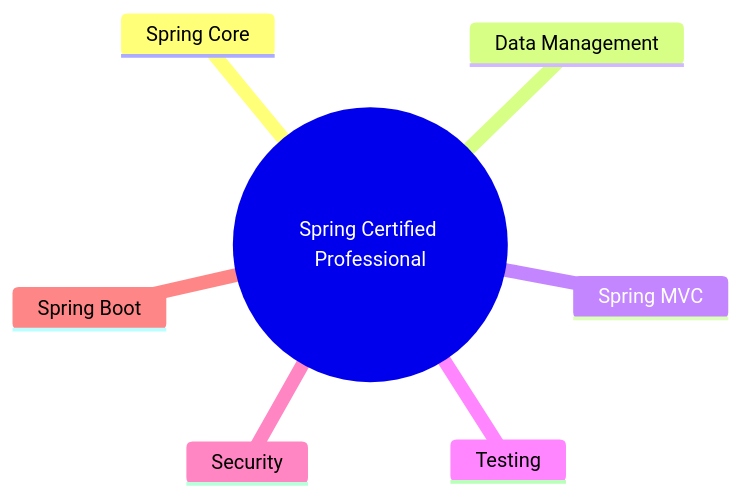
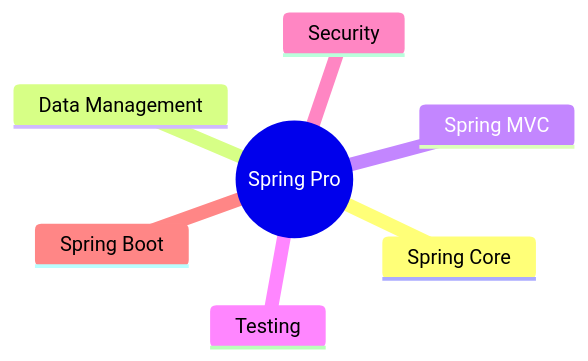
Before and after one commit to jrsmth/spring: the diagram in content/spring-certified-pro/00-master/README.md, drawn with Mermaid.

Commit message:
[SCP-0] Revision set-up

````diff
--- a/content/spring-certified-pro/00-master/README.md
+++ b/content/spring-certified-pro/00-master/README.md
@@ -7,10 +7,10 @@
 ```mermaid
 mindmap
-  root((Spring Certified Professional))
+  root((Spring Pro))
     Spring Core
     Data Management
     Spring MVC
     Testing
     Security
     Spring Boot
 ```
````
